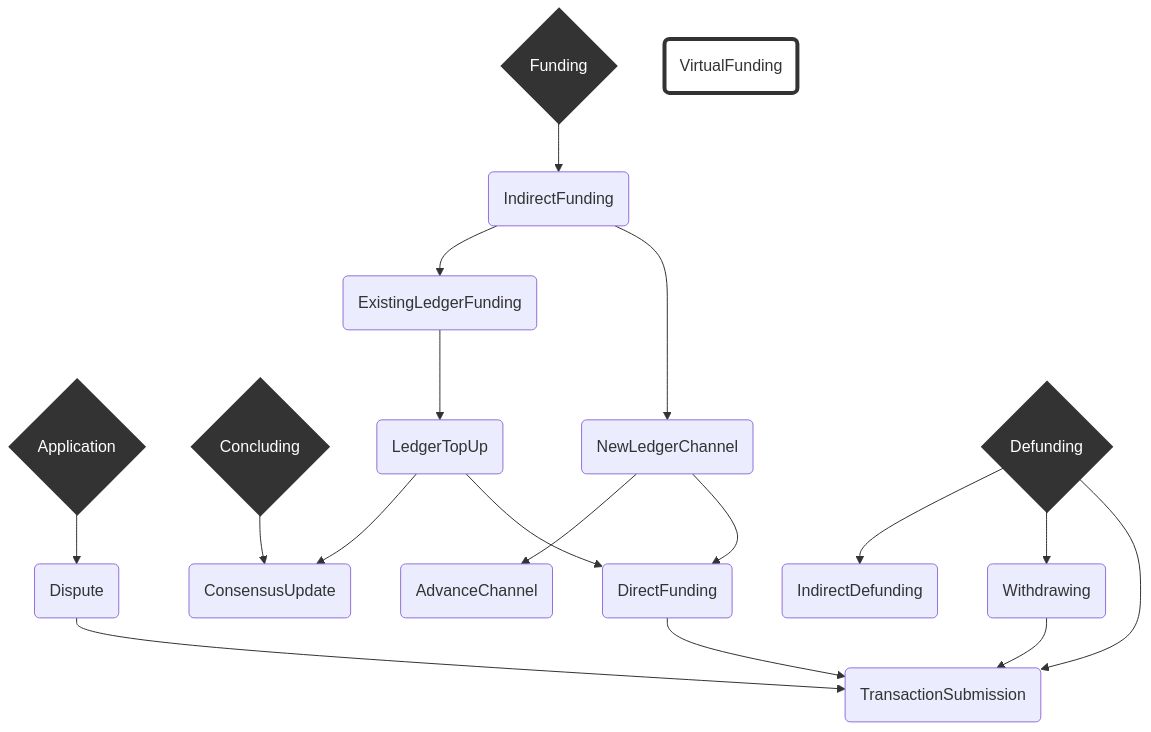
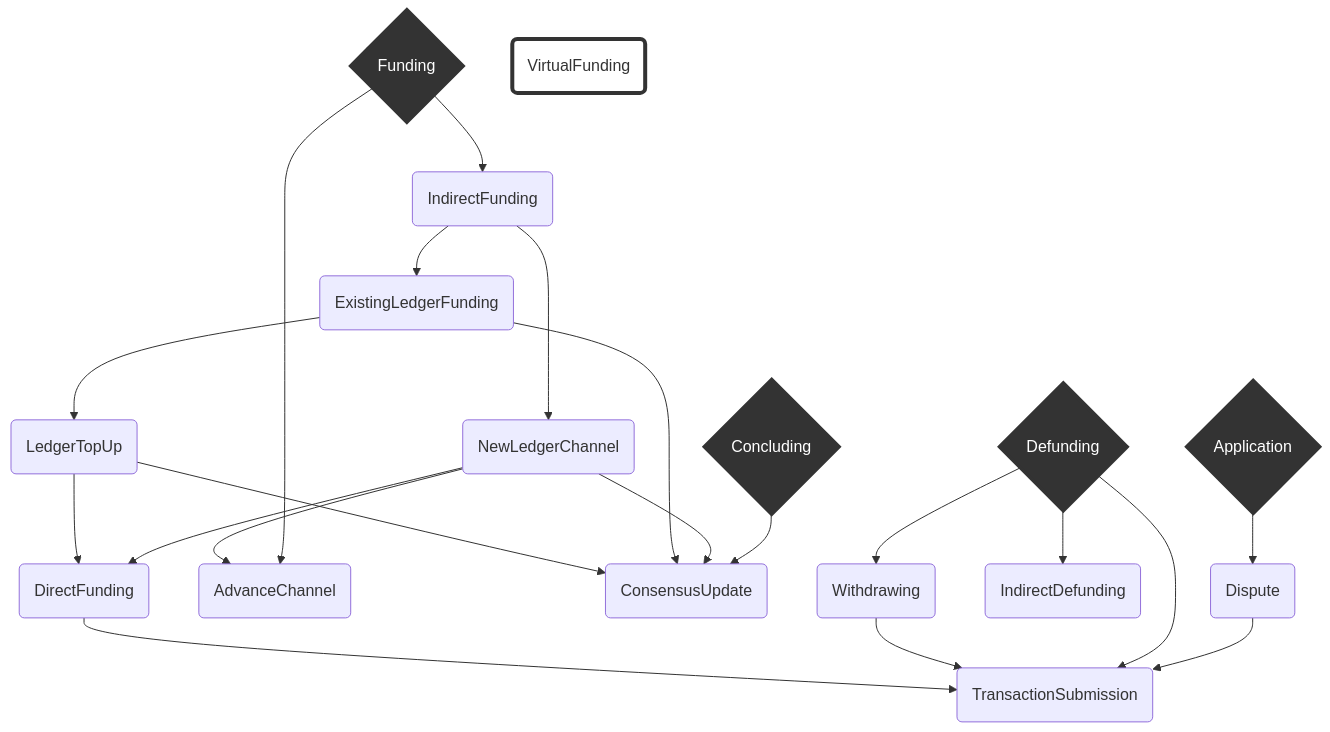
The diagram in packages/rps/packages/wallet/notes/index.md (statechannels/statechannels), drawn with Mermaid before and after one commit.

Commit message:
Merge pull request #632 from magmo/update-notes
Slight update to protocol hierarchy

````diff
--- a/packages/rps/packages/wallet/notes/index.md
+++ b/packages/rps/packages/wallet/notes/index.md
@@ -31,45 +31,48 @@
 ```mermaid
 graph TD
   linkStyle default interpolate basis
 
     A{Application}--> D
     F{Funding}--> idF(IndirectFunding)
-
+    F --> AC(AdvanceChannel)
     D(Dispute)--> TS
 
 
     C{Concluding}-->CU(ConsensusUpdate)
 
     idF -->  ELF(ExistingLedgerFunding)
     idF --> NLC(NewLedgerChannel)
 
     NLC --> AC(AdvanceChannel)
     NLC --> DF
+    NLC --> CU(ConsensusUpdate)
+
     ELF --> LTU(LedgerTopUp)
-    LTU --> CU(ConsensusUpdate)
+    ELF --> CU
+    LTU --> CU
 
     Df{Defunding}-->idDf(IndirectDefunding)
     Df-->W(Withdrawing)
 
     Df-->TS(TransactionSubmission)
 
     W-->TS
 
     AC(AdvanceChannel)
 
     LTU-->DF(DirectFunding)
 
     DF-->TS
 
 
     VF(VirtualFunding)
 
     classDef TopLevelProtocol stroke:#333,stroke-width:4px,color:#ffff,fill:#333;
 
     classDef OrphanProtocol stroke:#333,stroke-width:4px,fill:#0000;
 
     class A,F,C,Df TopLevelProtocol
     class VF OrphanProtocol
 
 
 ```
````
